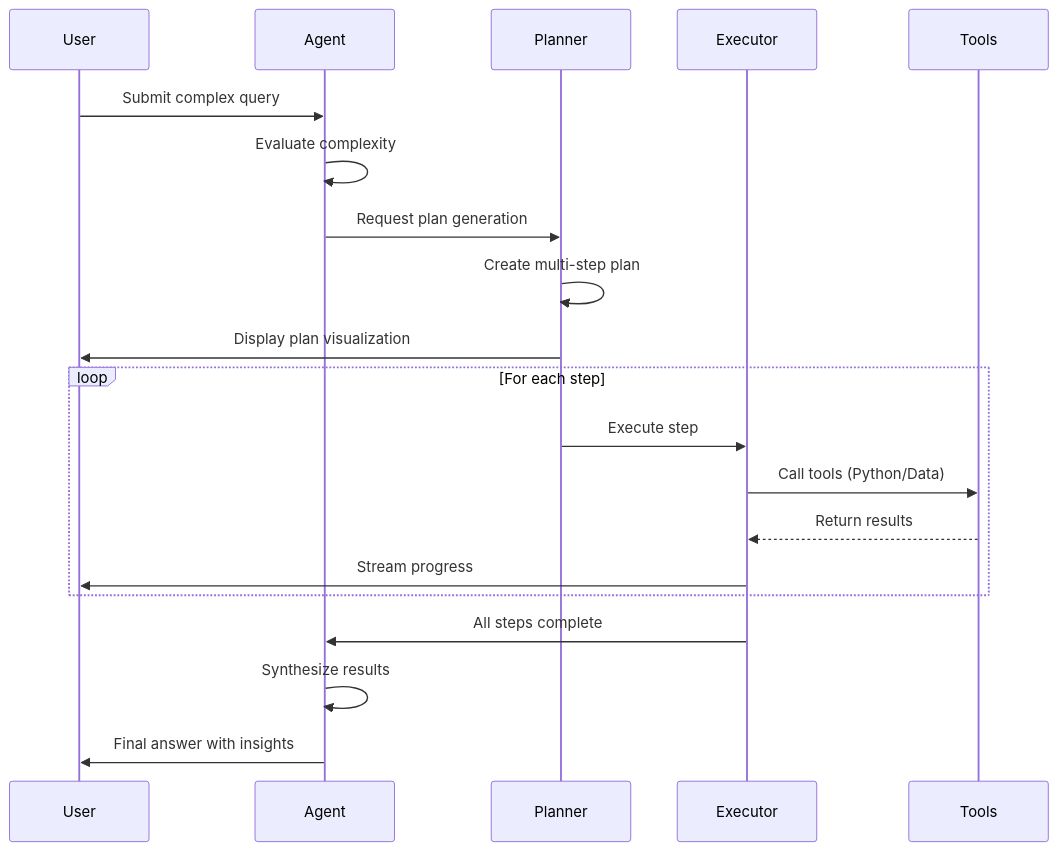
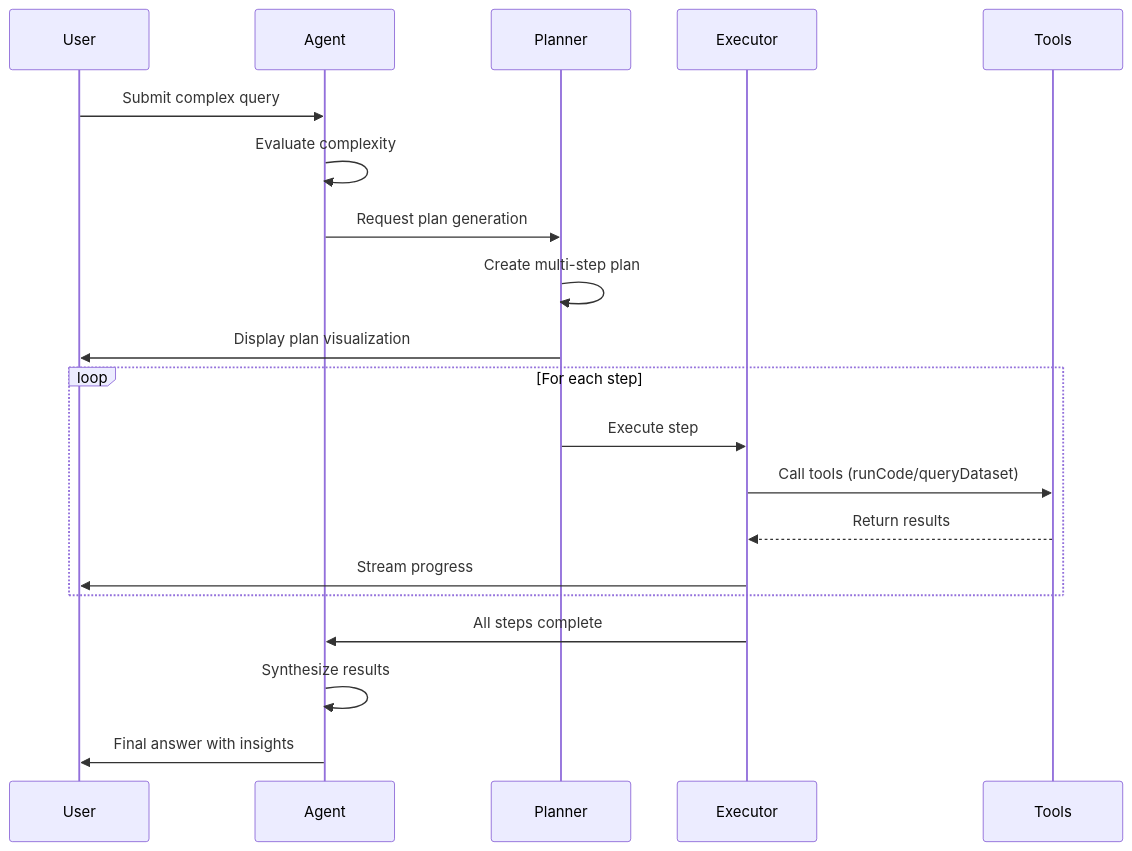
One commit to jhlopen/novablick changed the third of 3 diagrams in README.md. Above: the diagram before and after it, drawn with Mermaid. The commit also changed other lines of this file and 8 other files, not shown here.

````diff
--- a/README.md
+++ b/README.md
@@ -51,25 +51,25 @@
 ```mermaid
 sequenceDiagram
     participant U as User
     participant A as Agent
     participant P as Planner
     participant E as Executor
     participant T as Tools
 
     U->>A: Submit complex query
     A->>A: Evaluate complexity
     A->>P: Request plan generation
     P->>P: Create multi-step plan
     P->>U: Display plan visualization
 
     loop For each step
         P->>E: Execute step
-        E->>T: Call tools (Python/Data)
+        E->>T: Call tools (runCode/queryDataset)
         T-->>E: Return results
         E->>U: Stream progress
     end
 
     E->>A: All steps complete
     A->>A: Synthesize results
     A->>U: Final answer with insights
 ```
````
